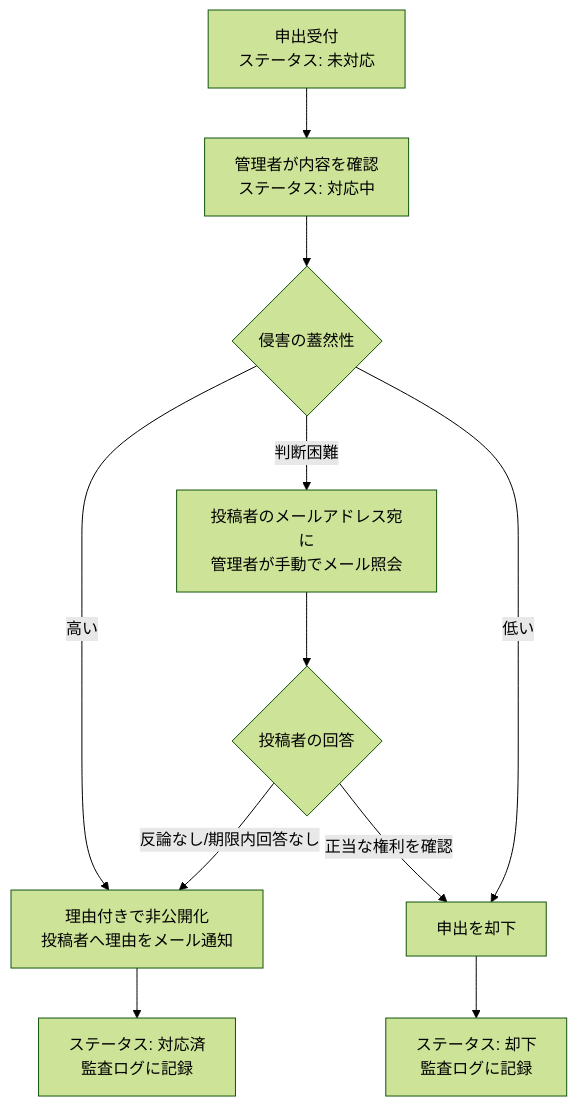
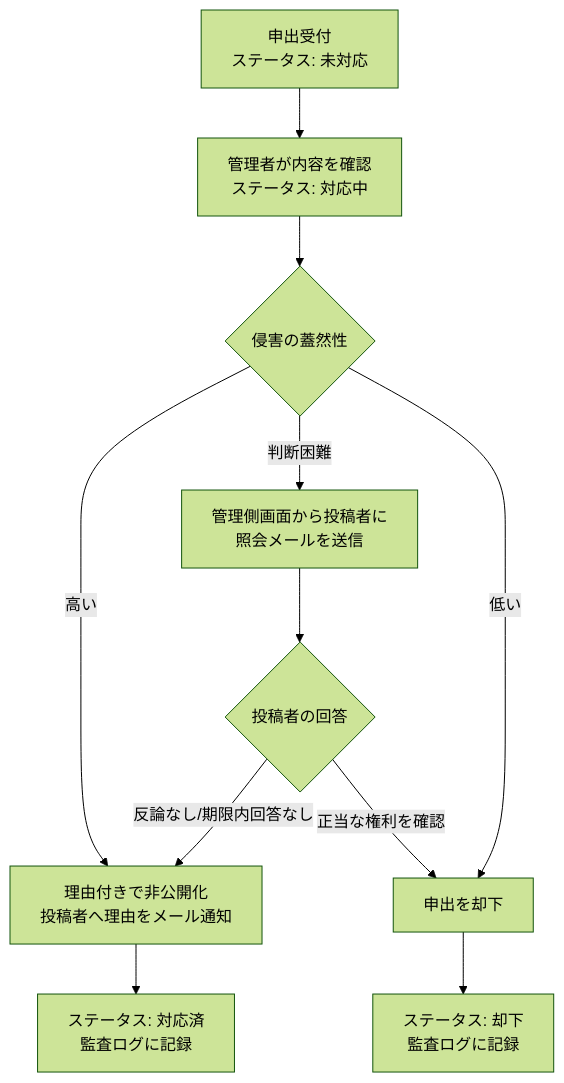
Before and after one commit to kurachiweb/genai-example-2-launch-platform: the diagram in docs/GUIDES/service/legal/005-copyright-takedown-flow.md, drawn with Mermaid (forest theme). The commit also changed other lines of this file and 3 other files, not shown here.

````diff
--- a/docs/GUIDES/service/legal/005-copyright-takedown-flow.md
+++ b/docs/GUIDES/service/legal/005-copyright-takedown-flow.md
@@ -18,13 +18,13 @@
 ```mermaid
 flowchart TD
     A[申出受付<br>ステータス: 未対応] --> B[管理者が内容を確認<br>ステータス: 対応中]
     B --> C{侵害の蓋然性}
     C -- 高い --> D[理由付きで非公開化<br>投稿者へ理由をメール通知]
-    C -- 判断困難 --> E[投稿者のメールアドレス宛に<br>管理者が手動でメール照会]
+    C -- 判断困難 --> E[管理側画面から投稿者に<br>照会メールを送信]
     E --> F{投稿者の回答}
     F -- 反論なし/期限内回答なし --> D
     F -- 正当な権利を確認 --> G[申出を却下]
     C -- 低い --> G
     D --> H[ステータス: 対応済<br>監査ログに記録]
     G --> I[ステータス: 却下<br>監査ログに記録]
 ```
````
